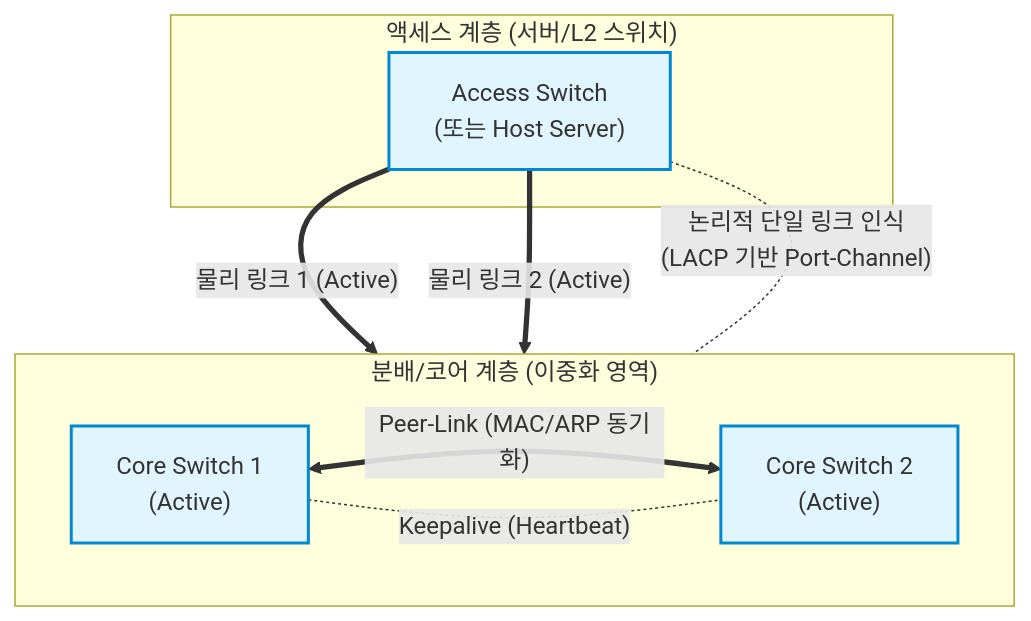
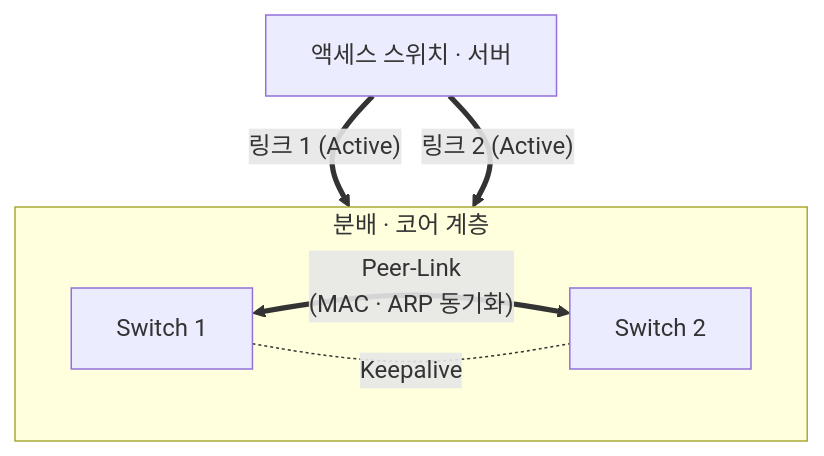
Before and after one commit to supremethumb/supremethumb.github.io: the diagram in content/01_IT Tech/스위치 이중화.md, drawn with Mermaid. The commit also changed other lines of this file and 1087 other files, not shown here.

````diff
--- a/content/01_IT Tech/스위치 이중화.md
+++ b/content/01_IT Tech/스위치 이중화.md
@@ -27,26 +34,11 @@
 ```mermaid
 flowchart TB
-    subgraph Core_Layer ["분배/코어 계층 (이중화 영역)"]
+    subgraph CORE["분배 · 코어 계층"]
         direction LR
-        SW1["Core Switch 1<br/>(Active)"]
-        SW2["Core Switch 2<br/>(Active)"]
-        
-        %% Peer-Link를 통한 동기화
-        SW1 <== "Peer-Link (MAC/ARP 동기화)" ==> SW2
-        SW1 -. "Keepalive (Heartbeat)" .- SW2
+        SW1["Switch 1"] <== "Peer-Link<br/>(MAC · ARP 동기화)" ==> SW2["Switch 2"]
+        SW1 -. "Keepalive" .- SW2
     end
-
-    subgraph Access_Layer ["액세스 계층 (서버/L2 스위치)"]
-        Acc1["Access Switch<br/>(또는 Host Server)"]
-    end
-
-    %% 링크 어그리게이션 연결
-    Acc1 == "물리 링크 1 (Active)" ==> SW1
-    Acc1 == "물리 링크 2 (Active)" ==> SW2
-    Acc1 -. "논리적 단일 링크 인식<br/>(LACP 기반 Port-Channel)" .- Core_Layer
-
-    classDef active fill:#e1f5fe,stroke:#0288d1,stroke-width:2px;
-    class SW1,SW2,Acc1 active;
-
-
+    ACC["액세스 스위치 · 서버"]
+    ACC == "링크 1 (Active)" ==> SW1
+    ACC == "링크 2 (Active)" ==> SW2
 ```
````
